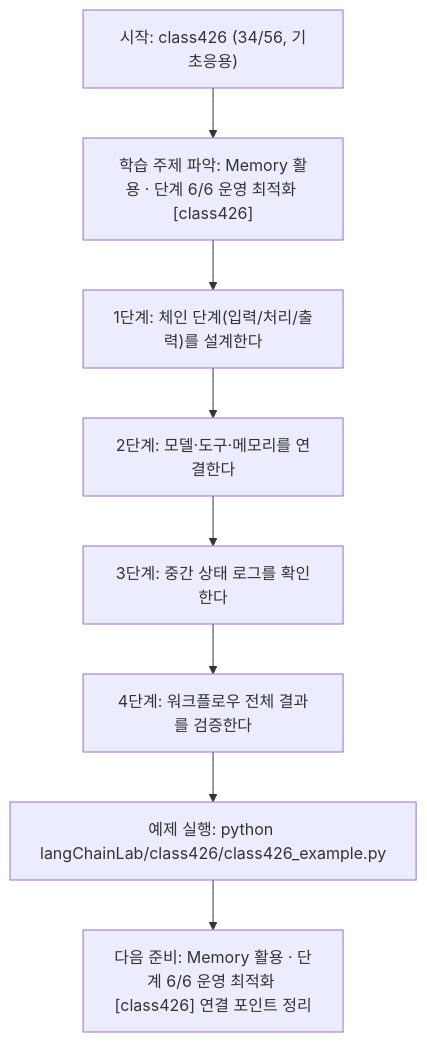
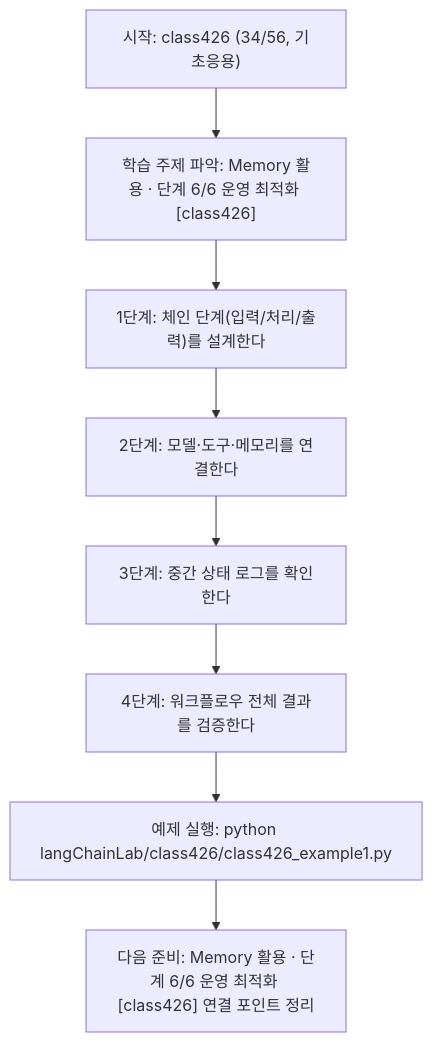
Before and after one commit to edumgt/Python-AI_Agent-Class: the diagram in langChainLab/class426/class426.md, drawn with Mermaid. The commit also changed other lines of this file and 2959 other files, not shown here.

````diff
--- a/langChainLab/class426/class426.md
+++ b/langChainLab/class426/class426.md
@@ -109,18 +109,18 @@
 ```mermaid
 flowchart TD
 N1["시작: class426 (34/56, 기초응용)"]
 N2["학습 주제 파악: Memory 활용 · 단계 6/6 운영 최적화 [class426]"]
 N3["1단계: 체인 단계(입력/처리/출력)를 설계한다"]
 N4["2단계: 모델·도구·메모리를 연결한다"]
 N5["3단계: 중간 상태 로그를 확인한다"]
 N6["4단계: 워크플로우 전체 결과를 검증한다"]
-N7["예제 실행: python langChainLab/class426/class426_example.py"]
+N7["예제 실행: python langChainLab/class426/class426_example1.py"]
 N8["다음 준비: Memory 활용 · 단계 6/6 운영 최적화 [class426] 연결 포인트 정리"]
 N1 --> N2
 N2 --> N3
 N3 --> N4
 N4 --> N5
 N5 --> N6
 N6 --> N7
 N7 --> N8
 ```
````
